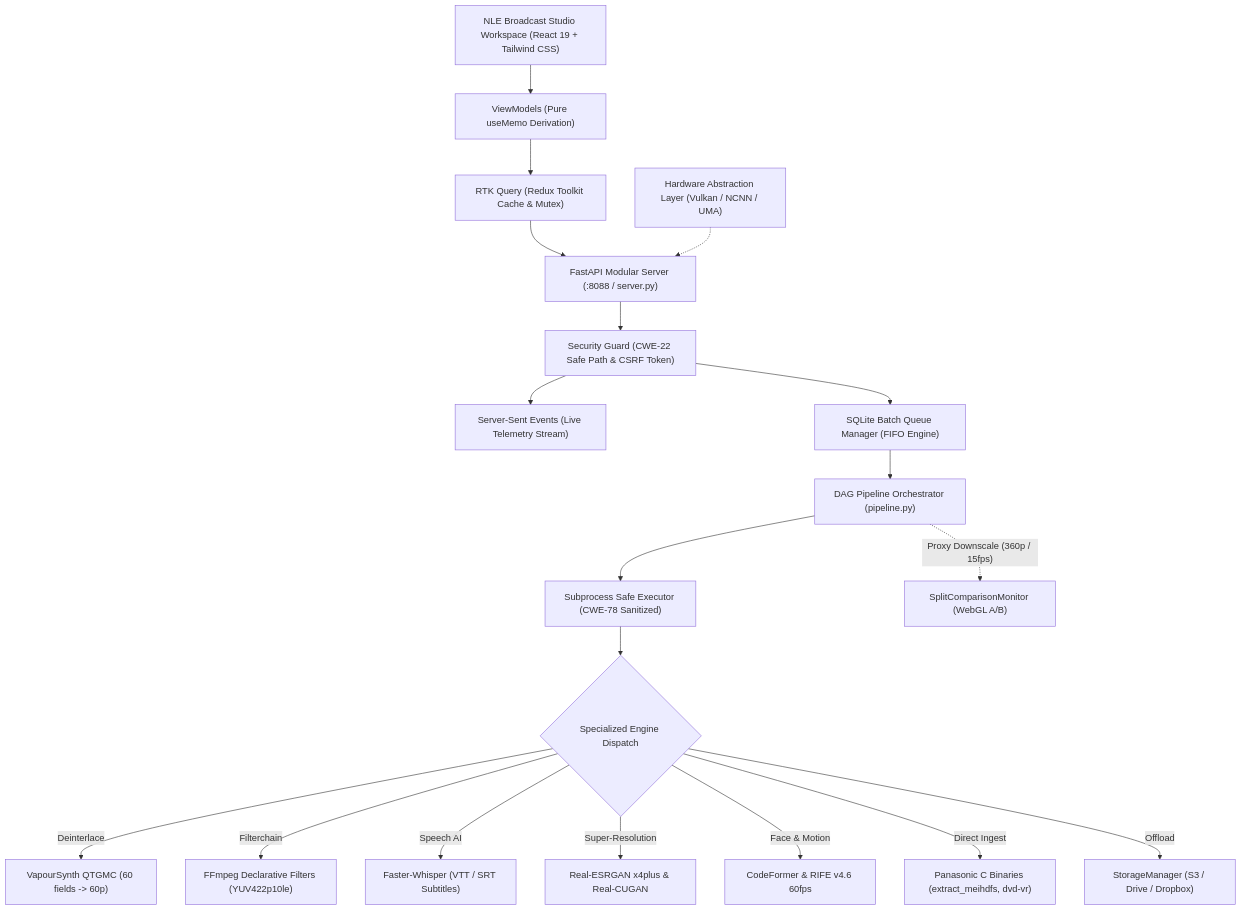
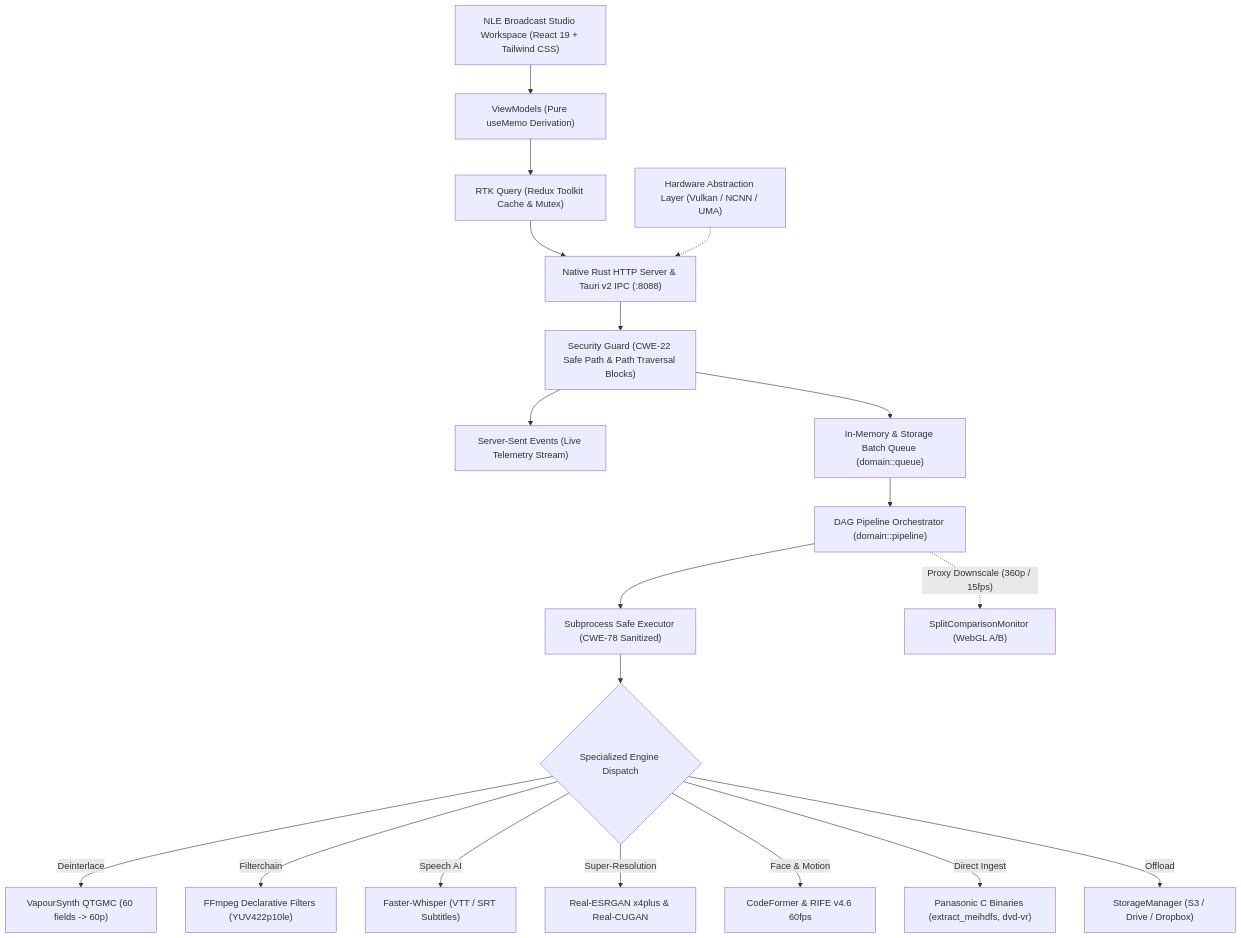
One commit to orgchrono/vhs-capture-scripts changed the first of 3 diagrams in README.md. Above: the diagram before and after it, drawn with Mermaid. The commit also changed other lines of this file and 4 other files, not shown here.

Commit message:
docs: eliminate legacy python references across architecture docs and remove bandit report

````diff
--- a/README.md
+++ b/README.md
@@ -59,27 +59,27 @@
 ```mermaid
 flowchart TD
     UI["NLE Broadcast Studio Workspace (React 19 + Tailwind CSS)"] --> VM["ViewModels (Pure useMemo Derivation)"]
     VM --> RTK["RTK Query (Redux Toolkit Cache & Mutex)"]
   
-    RTK --> Server["FastAPI Modular Server (:8088 / server.py)"]
-    Server --> Security["Security Guard (CWE-22 Safe Path & CSRF Token)"]
+    RTK --> Server["Native Rust HTTP Server & Tauri v2 IPC (:8088)"]
+    Server --> Security["Security Guard (CWE-22 Safe Path & Path Traversal Blocks)"]
   
     Security --> SSE["Server-Sent Events (Live Telemetry Stream)"]
-    Security --> Queue["SQLite Batch Queue Manager (FIFO Engine)"]
+    Security --> Queue["In-Memory & Storage Batch Queue (domain::queue)"]
   
-    Queue --> DAG["DAG Pipeline Orchestrator (pipeline.py)"]
+    Queue --> DAG["DAG Pipeline Orchestrator (domain::pipeline)"]
     DAG --> ProcMgr["Subprocess Safe Executor (CWE-78 Sanitized)"]
   
     ProcMgr --> Engines{"Specialized Engine Dispatch"}
   
     Engines -->|"Deinterlace"| VapourSynth["VapourSynth QTGMC (60 fields -> 60p)"]
     Engines -->|"Filterchain"| FFmpeg["FFmpeg Declarative Filters (YUV422p10le)"]
     Engines -->|"Speech AI"| Whisper["Faster-Whisper (VTT / SRT Subtitles)"]
     Engines -->|"Super-Resolution"| Neural["Real-ESRGAN x4plus & Real-CUGAN"]
     Engines -->|"Face & Motion"| PostAI["CodeFormer & RIFE v4.6 60fps"]
     Engines -->|"Direct Ingest"| NativeC["Panasonic C Binaries (extract_meihdfs, dvd-vr)"]
     Engines -->|"Offload"| Storage["StorageManager (S3 / Drive / Dropbox)"]
   
     HAL["Hardware Abstraction Layer (Vulkan / NCNN / UMA)"] -.-> Server
     DAG -. "Proxy Downscale (360p / 15fps)" .-> ABMonitor["SplitComparisonMonitor (WebGL A/B)"]
 ```
````
